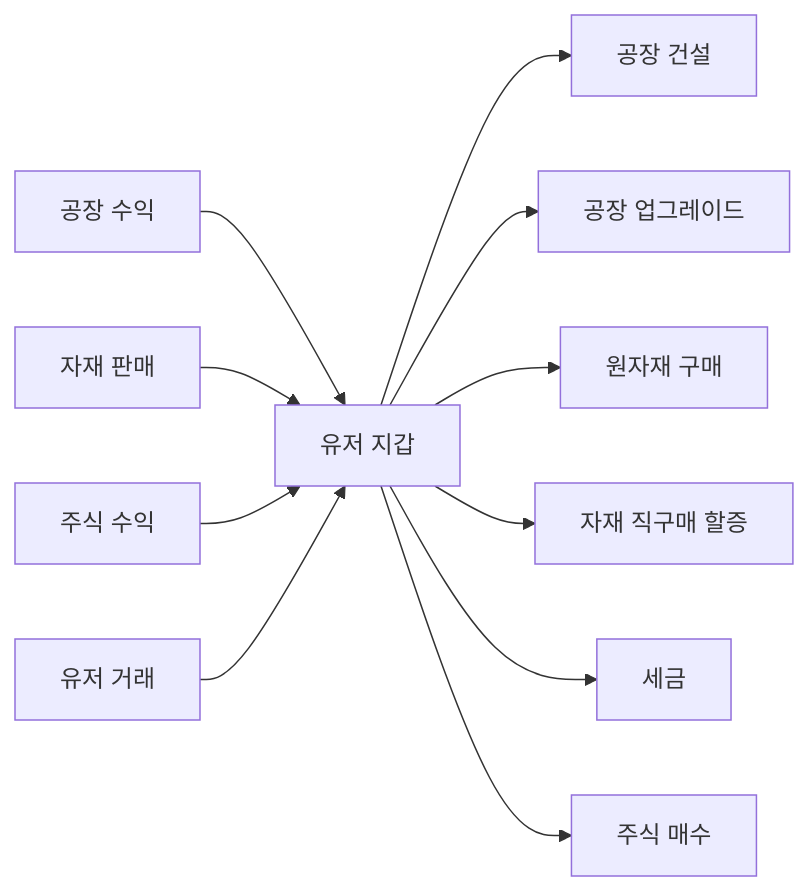
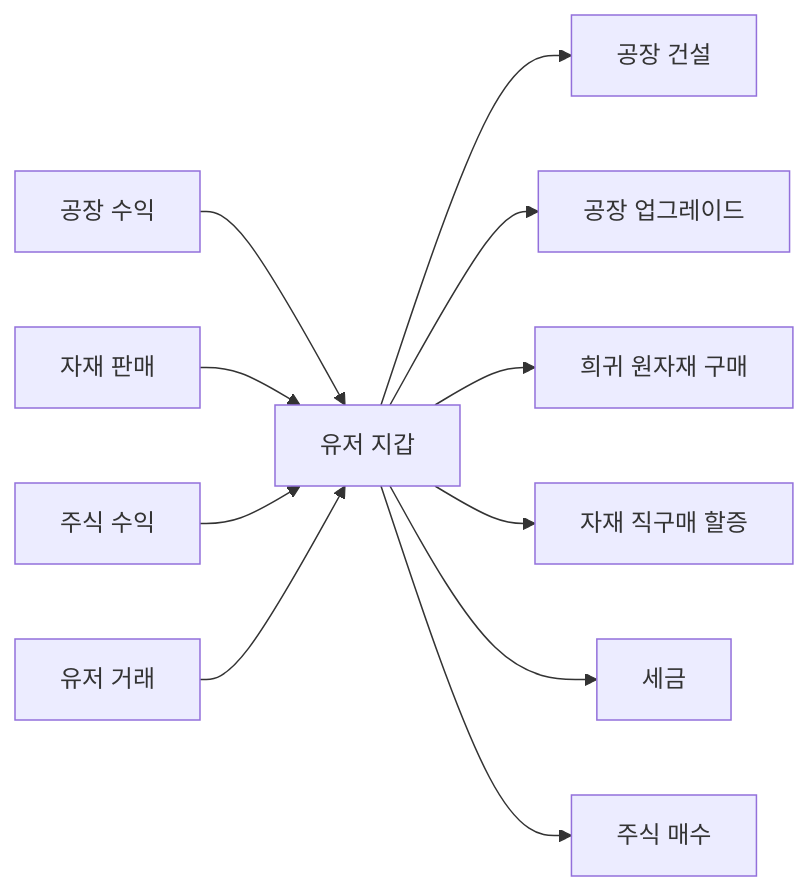
The first of 3 diagrams in docs/design/04-economy.md (filename24/Idle-Factory), drawn with Mermaid before and after one commit. The commit also changed other lines of this file and 7 other files, not shown here.

````diff
--- a/docs/design/04-economy.md
+++ b/docs/design/04-economy.md
@@ -44,14 +44,14 @@
 ```mermaid
 flowchart LR
     Factory[공장 수익] --> Wallet[유저 지갑]
     Sell[자재 판매] --> Wallet
     Stock[주식 수익] --> Wallet
     Trade[유저 거래] --> Wallet
 
     Wallet --> Build[공장 건설]
     Wallet --> Upgrade[공장 업그레이드]
-    Wallet --> BuyRaw[원자재 구매]
+    Wallet --> BuyRaw[희귀 원자재 구매]
     Wallet --> BuyMat[자재 직구매 할증]
     Wallet --> Tax[세금]
     Wallet --> StockBuy[주식 매수]
 ```
````
